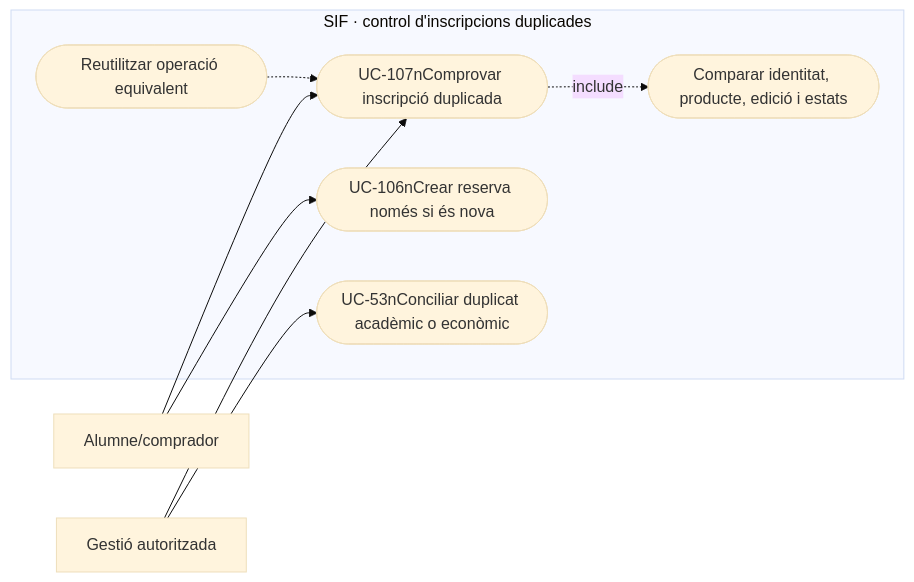
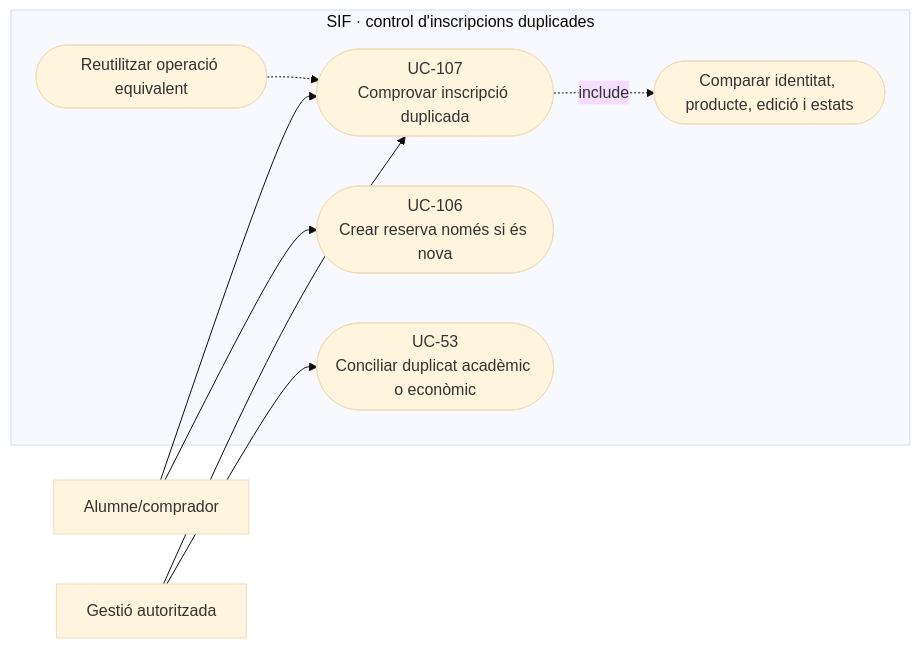
Before and after one commit to orgmeriemprismacat-del/verifactu: the second of 4 diagrams in documentacio/07-uml-integrat/uc-107-detectar-inscripcio-duplicada.md, drawn with Mermaid (base theme).

Commit message:
docs(uml): corregir salts Mermaid UC-107

````diff
--- a/documentacio/07-uml-integrat/uc-107-detectar-inscripcio-duplicada.md
+++ b/documentacio/07-uml-integrat/uc-107-detectar-inscripcio-duplicada.md
@@ -87,18 +87,18 @@
 ```mermaid
 flowchart LR
   a_0["Alumne/comprador"]
   a_1["Gestió autoritzada"]
   subgraph SIF_BOUNDARY["SIF · control d'inscripcions duplicades"]
-    u_0(["UC-107nComprovar inscripció duplicada"])
+    u_0(["UC-107<br/>Comprovar inscripció duplicada"])
     u_1(["Comparar identitat, producte, edició i estats"])
     u_2(["Reutilitzar operació equivalent"])
-    u_3(["UC-106nCrear reserva només si és nova"])
-    u_4(["UC-53nConciliar duplicat acadèmic o econòmic"])
+    u_3(["UC-106<br/>Crear reserva només si és nova"])
+    u_4(["UC-53<br/>Conciliar duplicat acadèmic o econòmic"])
   end
   a_0 --> u_0
   a_1 --> u_0
   u_0 -.->|include| u_1
   u_2 -.-> u_0
   a_0 --> u_3
   a_1 --> u_4
 ```
````
